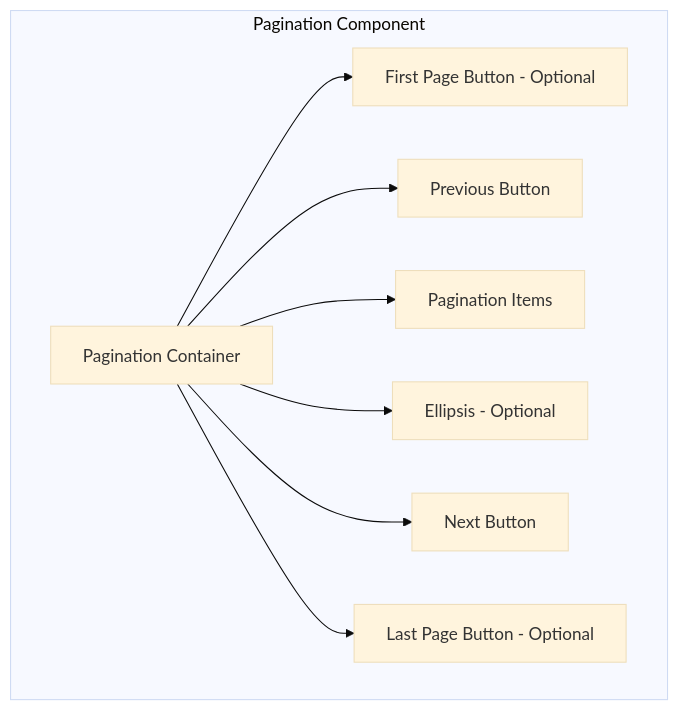
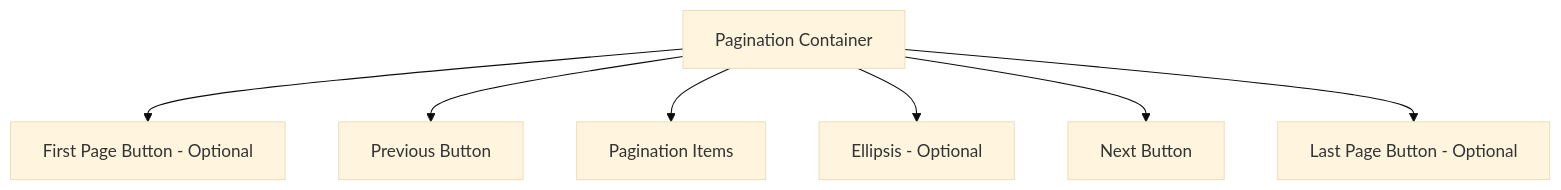
The diagram in apps/web/content/patterns/navigation/pagination.mdx (thedaviddias/ux-patterns-for-developers), drawn with Mermaid (base theme) before and after one commit. The commit also changed other lines of this file and 19 other files, not shown here.

````diff
--- a/apps/web/content/patterns/navigation/pagination.mdx
+++ b/apps/web/content/patterns/navigation/pagination.mdx
@@ -108,11 +108,9 @@
 ```mermaid
 flowchart TB
-  subgraph Pagination[Pagination Component]
-    A[Pagination Container] --> B[First Page Button - Optional]
-    A --> C[Previous Button]
-    A --> D[Pagination Items]
-    A --> E[Ellipsis - Optional]
-    A --> F[Next Button]
-    A --> G[Last Page Button - Optional]
-  end
+A[Pagination Container] --> B[First Page Button - Optional]
+A --> C[Previous Button]
+A --> D[Pagination Items]
+A --> E[Ellipsis - Optional]
+A --> F[Next Button]
+A --> G[Last Page Button - Optional]
 ```
````
